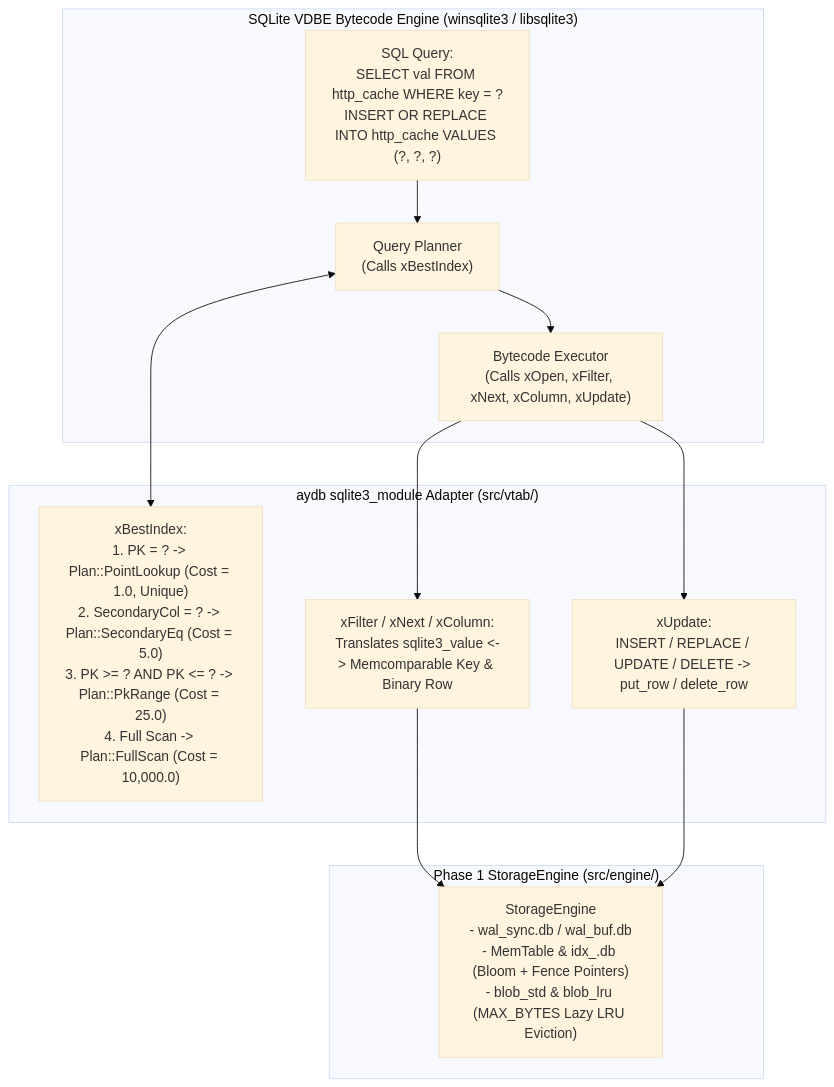
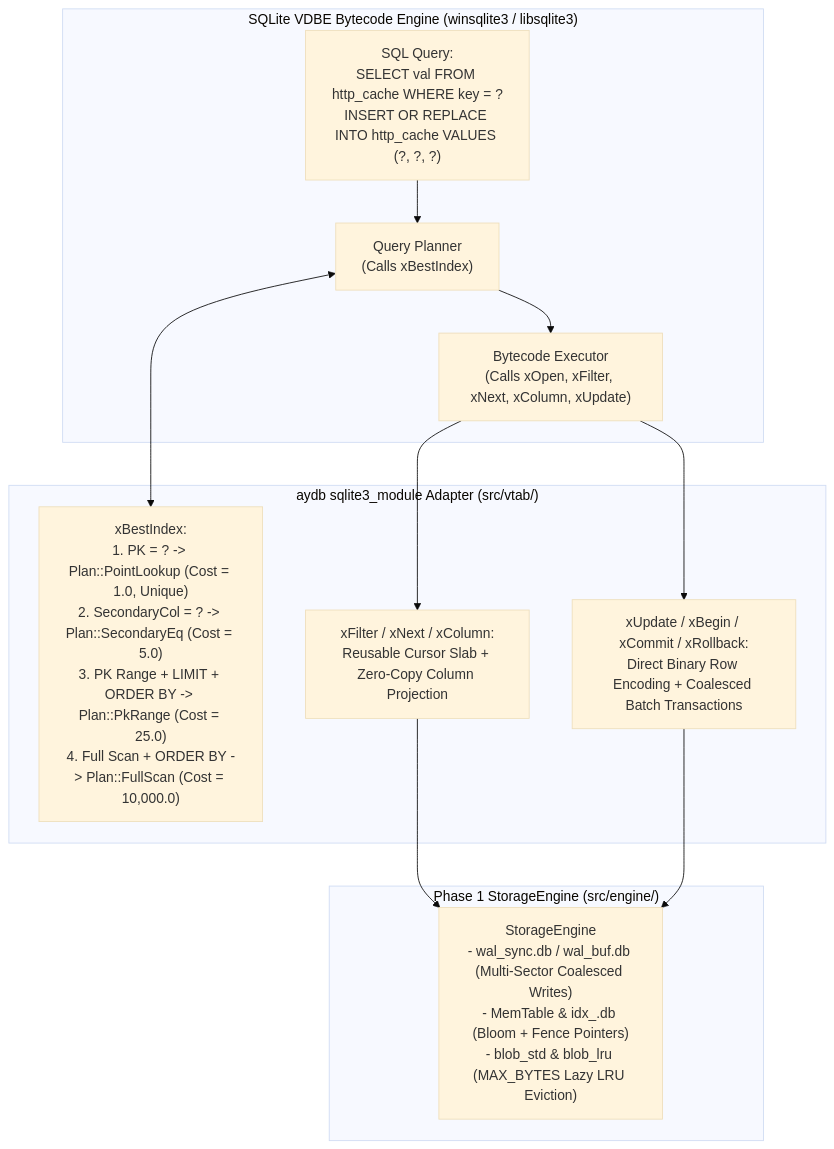
The diagram in docs/phase2/00_OVERVIEW.md (toyoshim-i/aydb), drawn with Mermaid (base theme) before and after one commit. The commit also changed other lines of this file and 1 other file, not shown here.

Commit message:
docs(phase2): align Virtual Table architecture docs with hot-path optimizations
After introducing zero-copy FFI column projection, reusable cursor byte
slabs, lock-free reversible 8-byte rowid mapping, and multi-sector WAL
transaction coalescing, the Phase 2 architecture overview and Virtual
Table specification needed to reflect the updated execution model and
post-optimization benchmark numbers.

Update docs/phase2/00_OVERVIEW.md and docs/phase2/01_SQLITE_VTAB_ADAPTER.md
to document project_column_zero_copy, encode_sqlite_values_direct,
AydbCursor::slab/spans, LIMIT and ORDER BY pushdown in xBestIndex,
reversible integer rowid encoding, and xBegin/xCommit/xRollback
transaction coalescing.

TAG=agy
CONV=09011cba-555c-4581-93f5-718ab973579a
MODEL=Gemini 4 Argon (Medium)

````diff
--- a/docs/phase2/00_OVERVIEW.md
+++ b/docs/phase2/00_OVERVIEW.md
@@ -26,23 +26,23 @@
 ```mermaid
 flowchart TB
     subgraph SQLite["SQLite VDBE Bytecode Engine (winsqlite3 / libsqlite3)"]
         SQL["SQL Query:<br/>SELECT val FROM http_cache WHERE key = ?<br/>INSERT OR REPLACE INTO http_cache VALUES (?, ?, ?)"]
         Planner["Query Planner<br/>(Calls xBestIndex)"]
         VDBE["Bytecode Executor<br/>(Calls xOpen, xFilter, xNext, xColumn, xUpdate)"]
         SQL --> Planner --> VDBE
     end
 
     subgraph Adapter["aydb sqlite3_module Adapter (src/vtab/)"]
-        BestIdx["xBestIndex:<br/>1. PK = ? -> Plan::PointLookup (Cost = 1.0, Unique)<br/>2. SecondaryCol = ? -> Plan::SecondaryEq (Cost = 5.0)<br/>3. PK >= ? AND PK <= ? -> Plan::PkRange (Cost = 25.0)<br/>4. Full Scan -> Plan::FullScan (Cost = 10,000.0)"]
-        Filter["xFilter / xNext / xColumn:<br/>Translates sqlite3_value <-> Memcomparable Key & Binary Row"]
-        Update["xUpdate:<br/>INSERT / REPLACE / UPDATE / DELETE -> put_row / delete_row"]
+        BestIdx["xBestIndex:<br/>1. PK = ? -> Plan::PointLookup (Cost = 1.0, Unique)<br/>2. SecondaryCol = ? -> Plan::SecondaryEq (Cost = 5.0)<br/>3. PK Range + LIMIT + ORDER BY -> Plan::PkRange (Cost = 25.0)<br/>4. Full Scan + ORDER BY -> Plan::FullScan (Cost = 10,000.0)"]
+        Filter["xFilter / xNext / xColumn:<br/>Reusable Cursor Slab + Zero-Copy Column Projection"]
+        Update["xUpdate / xBegin / xCommit / xRollback:<br/>Direct Binary Row Encoding + Coalesced Batch Transactions"]
     end
 
     subgraph Engine["Phase 1 StorageEngine (src/engine/)"]
-        SE["StorageEngine<OsFs><br/>- wal_sync.db / wal_buf.db<br/>- MemTable & idx_<SeqID>.db (Bloom + Fence Pointers)<br/>- blob_std & blob_lru (MAX_BYTES Lazy LRU Eviction)"]
+        SE["StorageEngine<OsFs><br/>- wal_sync.db / wal_buf.db (Multi-Sector Coalesced Writes)<br/>- MemTable & idx_<SeqID>.db (Bloom + Fence Pointers)<br/>- blob_std & blob_lru (MAX_BYTES Lazy LRU Eviction)"]
     end
 
     Planner <--> BestIdx
     VDBE --> Filter --> SE
     VDBE --> Update --> SE
 ```
````
